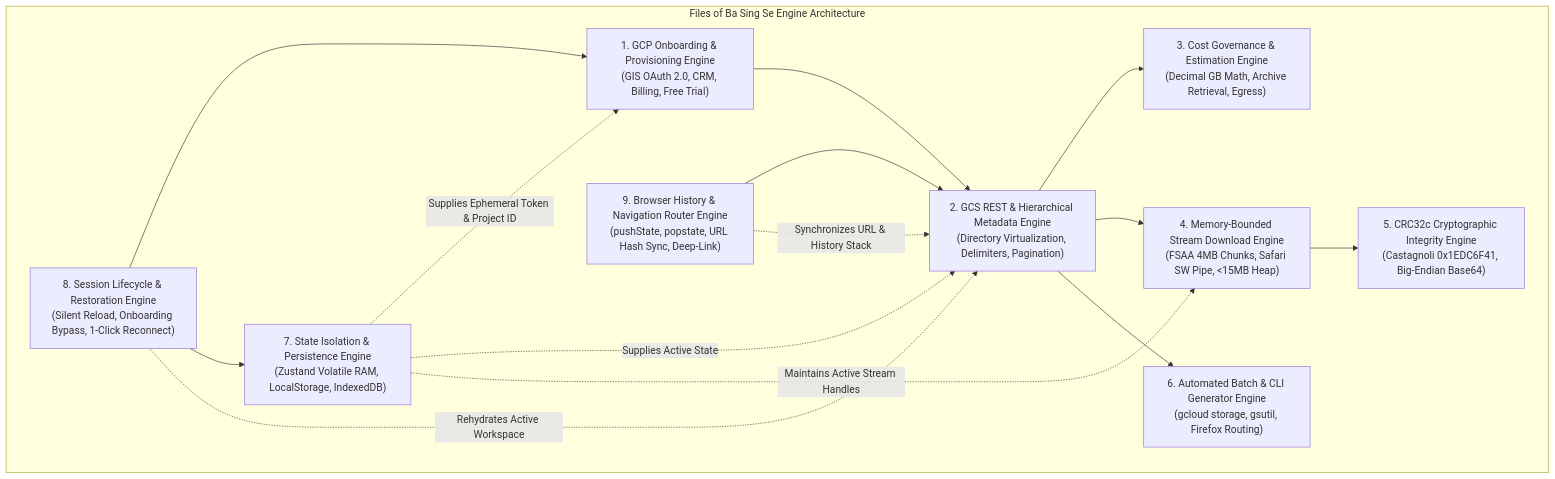
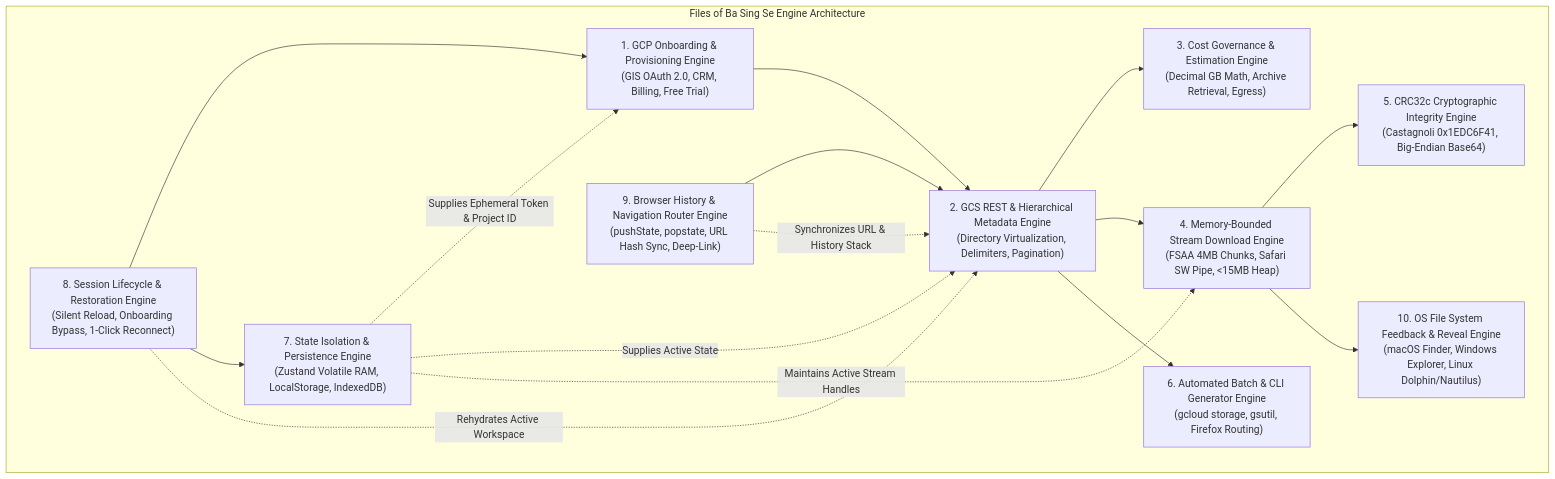
One commit to NovaLogicDev/FilesOfBaSingSe changed the first of 9 diagrams in docs/requirements/system_engines_design_specification.md. Above: the diagram before and after it, drawn with Mermaid. The commit also changed other lines of this file and 6 other files, not shown here.

Commit message:
docs: add Module 12, Epic 12, Engine 10, Screen 9 for OS filesystem feedback and reveal integration

````diff
--- a/docs/requirements/system_engines_design_specification.md
+++ b/docs/requirements/system_engines_design_specification.md
@@ -10,28 +10,30 @@
 ```mermaid
 flowchart TD
     subgraph CoreEngines ["Files of Ba Sing Se Engine Architecture"]
         E1["1. GCP Onboarding & Provisioning Engine\n(GIS OAuth 2.0, CRM, Billing, Free Trial)"]
         E2["2. GCS REST & Hierarchical Metadata Engine\n(Directory Virtualization, Delimiters, Pagination)"]
         E3["3. Cost Governance & Estimation Engine\n(Decimal GB Math, Archive Retrieval, Egress)"]
         E4["4. Memory-Bounded Stream Download Engine\n(FSAA 4MB Chunks, Safari SW Pipe, <15MB Heap)"]
         E5["5. CRC32c Cryptographic Integrity Engine\n(Castagnoli 0x1EDC6F41, Big-Endian Base64)"]
         E6["6. Automated Batch & CLI Generator Engine\n(gcloud storage, gsutil, Firefox Routing)"]
         E7["7. State Isolation & Persistence Engine\n(Zustand Volatile RAM, LocalStorage, IndexedDB)"]
         E8["8. Session Lifecycle & Restoration Engine\n(Silent Reload, Onboarding Bypass, 1-Click Reconnect)"]
         E9["9. Browser History & Navigation Router Engine\n(pushState, popstate, URL Hash Sync, Deep-Link)"]
+        E10["10. OS File System Feedback & Reveal Engine\n(macOS Finder, Windows Explorer, Linux Dolphin/Nautilus)"]
     end
 
     E8 --> E1
     E8 --> E7
     E1 --> E2
     E9 --> E2
     E2 --> E3
     E2 --> E4
     E4 --> E5
+    E4 --> E10
     E2 --> E6
     E7 -.->|"Supplies Ephemeral Token & Project ID"| E1
     E7 -.->|"Supplies Active State"| E2
     E7 -.->|"Maintains Active Stream Handles"| E4
     E8 -.->|"Rehydrates Active Workspace"| E2
     E9 -.->|"Synchronizes URL & History Stack"| E2
 ```
````
